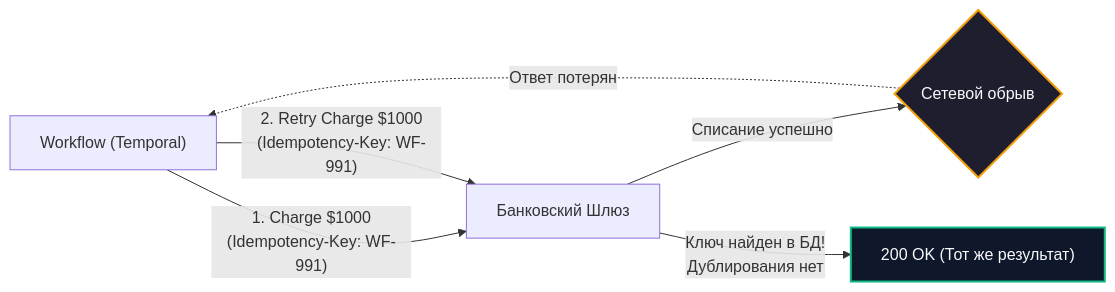
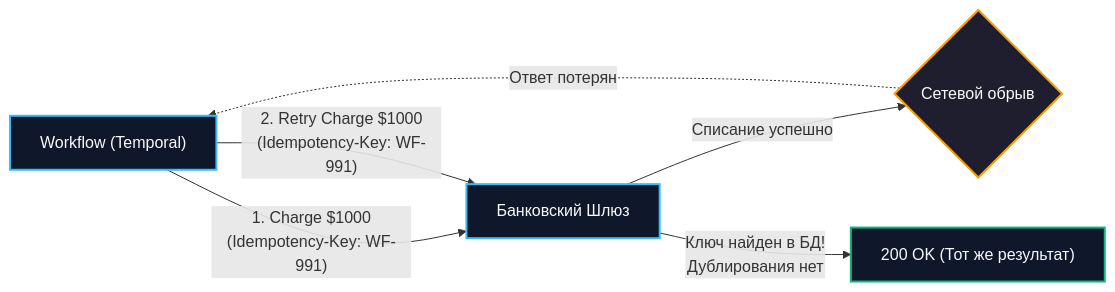
Before and after one commit to UnrealTemplier/go-textbook-ru: the third of 3 diagrams in sources/13. Очереди, брокеры сообщений и оркестраторы/06. Оркестрация процессов/5. Retry и compensation logic.md, drawn with Mermaid. The commit also changed 2 other files, not shown here.

Commit message:
fix(mermaid): declare missing node classes in two diagrams
- 5/30 «Работа с JSON»: 'A["Входящий []"]:::processbyte' — след той же
  миграции e3194339: 'byte' ушёл в имя класса. Теперь
  'A["Входящий []byte"]:::process'.
- 13/06/5 «Retry и compensation logic», третья схема: 'class W,Bank proc'
  без 'classDef proc' в блоке (узлы не окрашивались). Добавлен тот же
  classDef proc, что в первой схеме статьи; строки ниже 260 сдвинулись
  на +1 (отчёты фактчека модуля 13 ссылаются на строки 150–205).

````diff
--- a/sources/13. Очереди, брокеры сообщений и оркестраторы/06. Оркестрация процессов/5. Retry и compensation logic.md
+++ b/sources/13. Очереди, брокеры сообщений и оркестраторы/06. Оркестрация процессов/5. Retry и compensation logic.md
@@ -252,14 +252,15 @@
 ```mermaid
 flowchart LR
     W["Workflow (Temporal)"] -->|"1. Charge $1000<br>(Idempotency-Key: WF-991)"| Bank["Банковский Шлюз"]
     Bank -->|"Списание успешно"| Split{Сетевой обрыв}
     Split -.->|"Ответ потерян"| W
     W -->|"2. Retry Charge $1000<br>(Idempotency-Key: WF-991)"| Bank
     Bank -->|"Ключ найден в БД!<br>Дублирования нет"| OK["200 OK (Тот же результат)"]
 
+    classDef proc fill:#0f172a,stroke:#38bdf8,stroke-width:2px,color:#f8fafc;
     classDef ok fill:#0f172a,stroke:#10b981,stroke-width:2px,color:#f8fafc;
     classDef warn fill:#1e1e2e,stroke:#f59e0b,stroke-width:2px,color:#f8fafc;
     class W,Bank proc;
     class Split warn;
     class OK ok;
 ```
````
